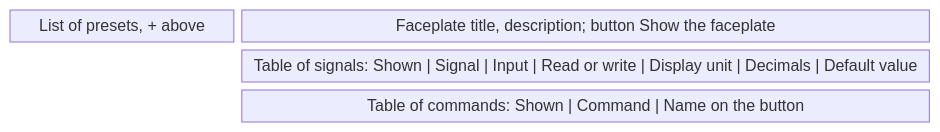
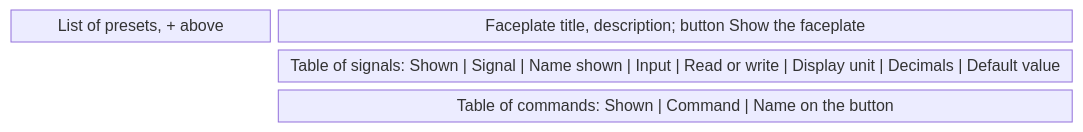
The ninth of 14 diagrams in screens/metadata.md (AlexandreGallais/synoptic-studio-spec), drawn with Mermaid before and after one commit. The commit also changed other lines of this file and 11 other files, not shown here.

````diff
--- a/screens/metadata.md
+++ b/screens/metadata.md
@@ -268,7 +270,7 @@
 ```mermaid
 block-beta
     columns 4
     list["List of presets, + above"] head["Faceplate title, description; button Show the faceplate"]:3
-    space signals["Table of signals: Shown | Signal | Input | Read or write | Display unit | Decimals | Default value"]:3
+    space signals["Table of signals: Shown | Signal | Name shown | Input | Read or write | Display unit | Decimals | Default value"]:3
     space commands["Table of commands: Shown | Command | Name on the button"]:3
 ```
````
